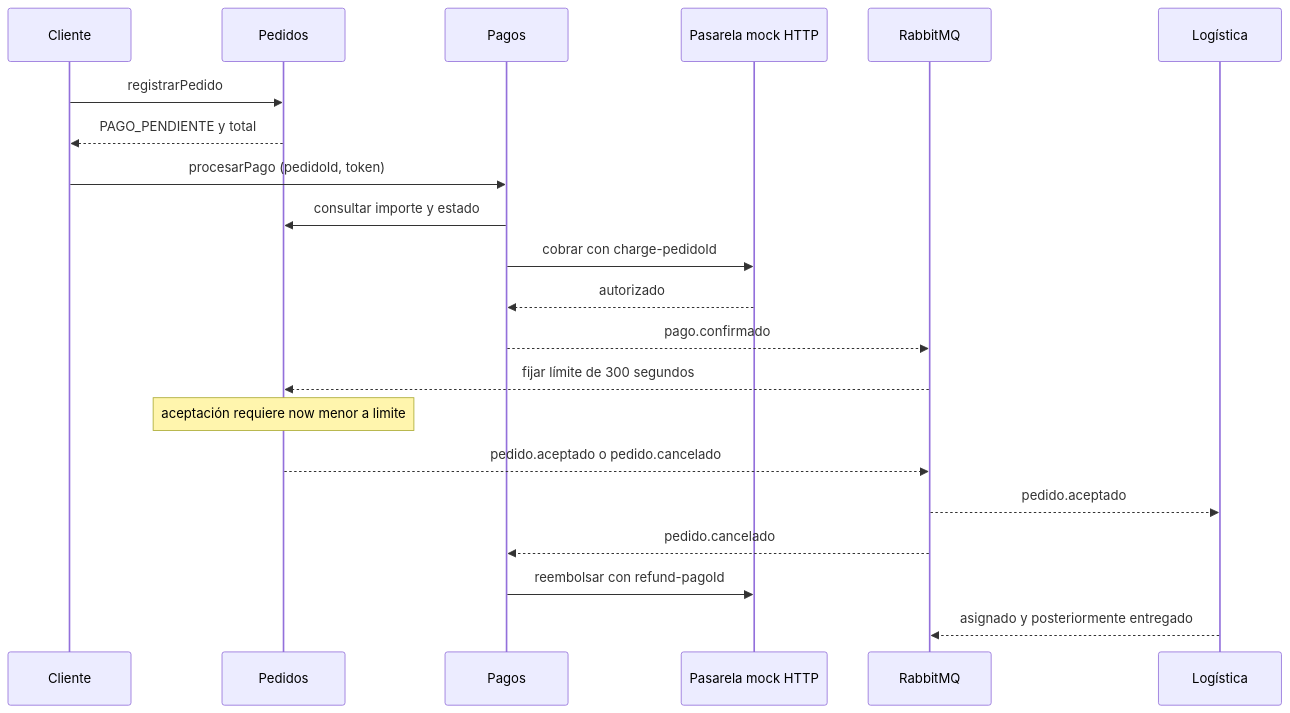
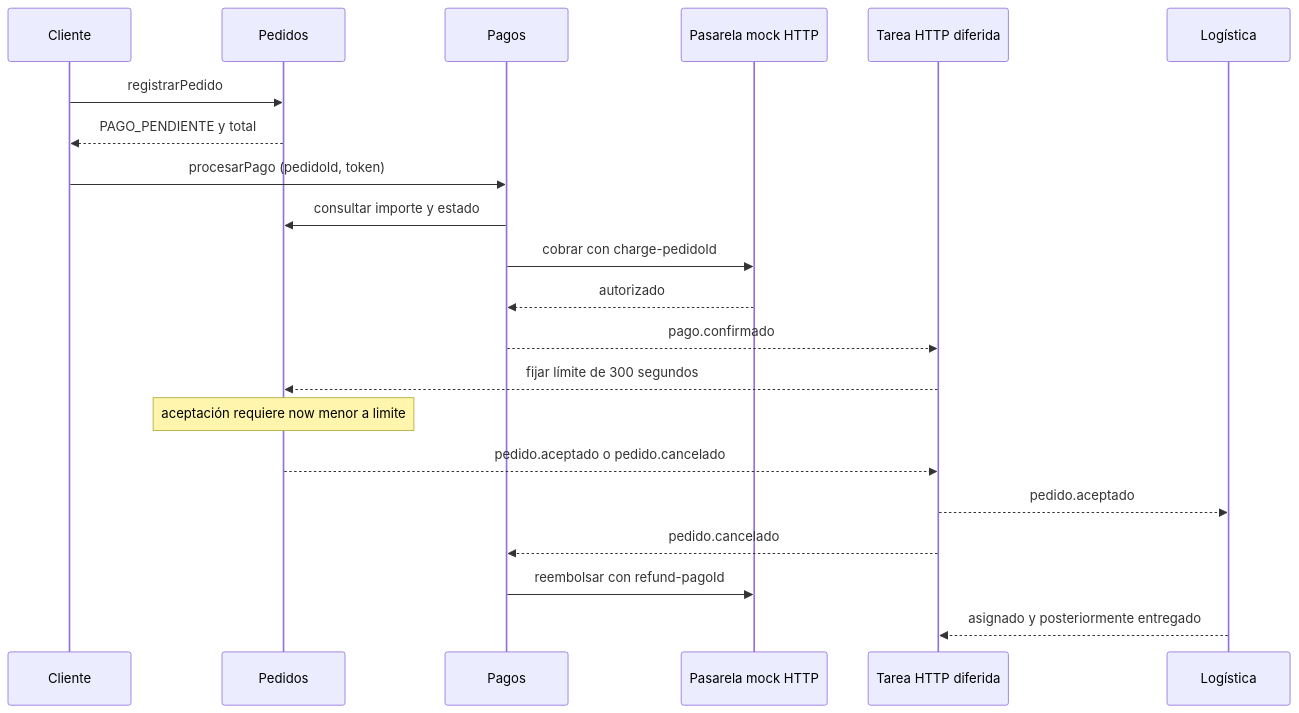
The diagram in documentacion/contratos-api/contratos.md (mafercova/RapiEntrega), drawn with Mermaid before and after one commit. The commit also changed other lines of this file and 77 other files, not shown here.

````diff
--- a/documentacion/contratos-api/contratos.md
+++ b/documentacion/contratos-api/contratos.md
@@ -67,23 +67,23 @@
 ```mermaid
 sequenceDiagram
  participant C as Cliente
  participant P as Pedidos
  participant A as Pagos
  participant M as Pasarela mock HTTP
- participant Q as RabbitMQ
+ participant Q as Tarea HTTP diferida
  participant L as Logística
  C->>P: registrarPedido
  P-->>C: PAGO_PENDIENTE y total
  C->>A: procesarPago (pedidoId, token)
  A->>P: consultar importe y estado
  A->>M: cobrar con charge-pedidoId
  M-->>A: autorizado
  A-->>Q: pago.confirmado
  Q-->>P: fijar límite de 300 segundos
  Note over P: aceptación requiere now menor a limite
  P-->>Q: pedido.aceptado o pedido.cancelado
  Q-->>L: pedido.aceptado
  Q-->>A: pedido.cancelado
  A->>M: reembolsar con refund-pagoId
  L-->>Q: asignado y posteriormente entregado
 ```
````
